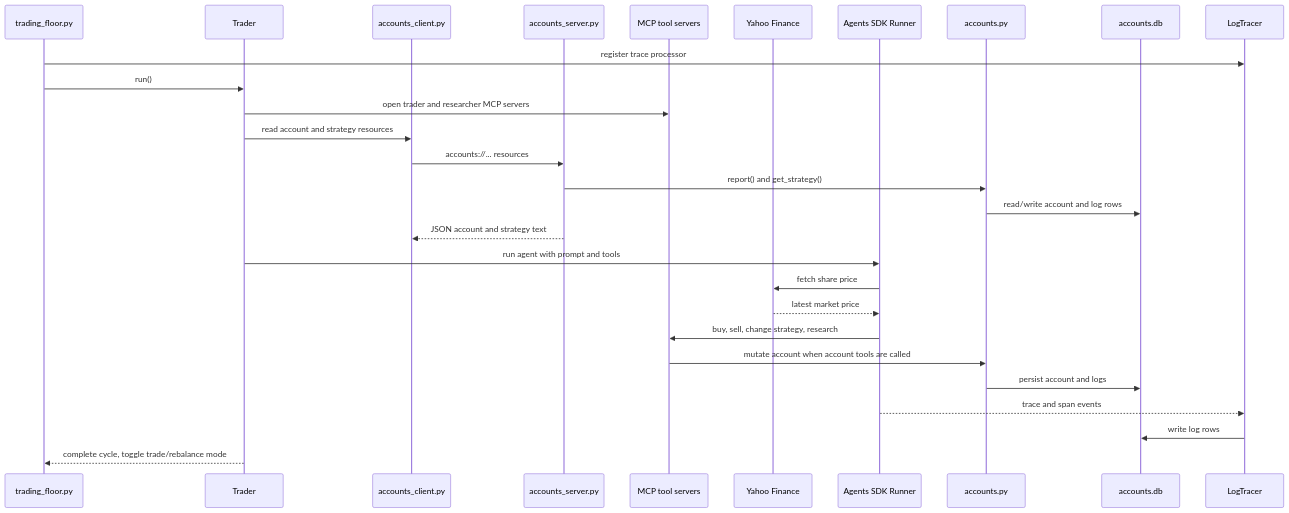
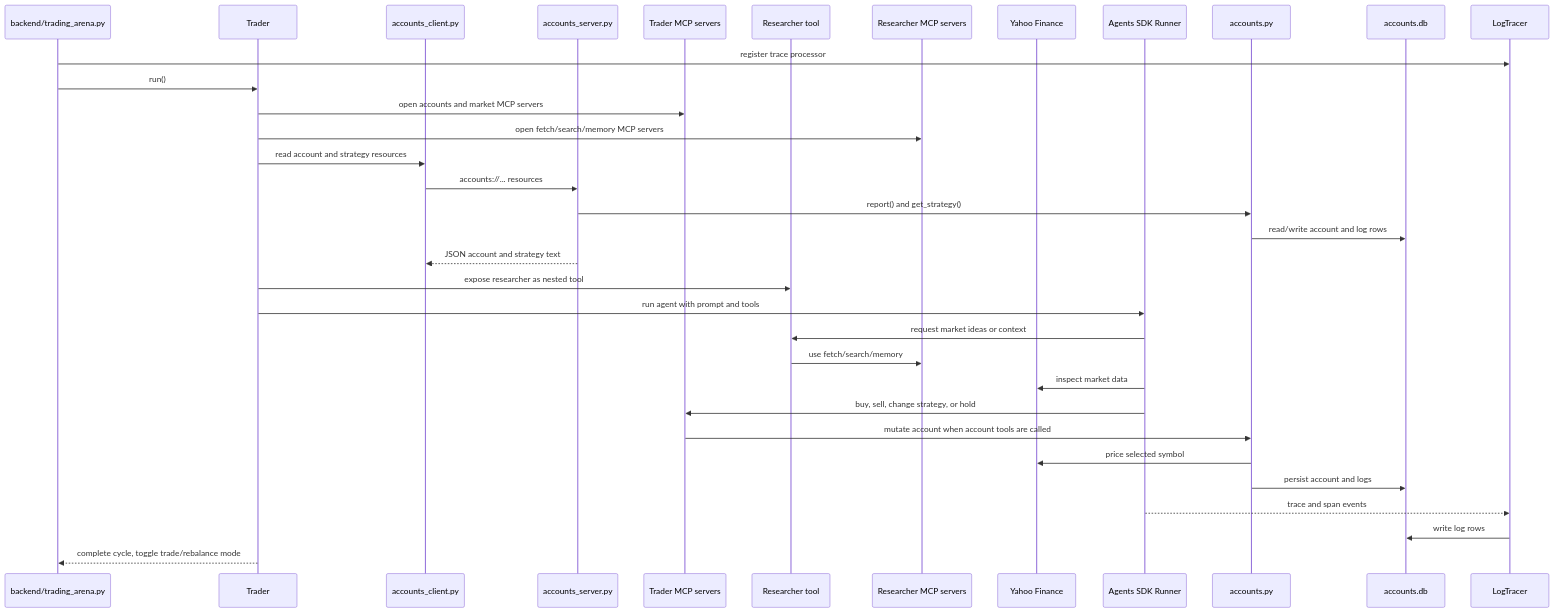
Before and after one commit to sanjaynegi-ai/trading-arena: the diagram in docs/design.md, drawn with Mermaid. The commit also changed other lines of this file and 14 other files, not shown here.

````diff
--- a/docs/design.md
+++ b/docs/design.md
@@ -3,33 +9,39 @@
 ```mermaid
 sequenceDiagram
-    participant Floor as trading_floor.py
+    participant Scheduler as backend/trading_arena.py
     participant Trader as Trader
     participant AccountsClient as accounts_client.py
     participant AccountsMCP as accounts_server.py
-    participant Tools as MCP tool servers
+    participant TraderTools as Trader MCP servers
+    participant Researcher as Researcher tool
+    participant ResearchTools as Researcher MCP servers
     participant Yahoo as Yahoo Finance
     participant Runner as Agents SDK Runner
     participant Account as accounts.py
     participant DB as accounts.db
     participant Logs as LogTracer
 
-    Floor->>Logs: register trace processor
-    Floor->>Trader: run()
-    Trader->>Tools: open trader and researcher MCP servers
+    Scheduler->>Logs: register trace processor
+    Scheduler->>Trader: run()
+    Trader->>TraderTools: open accounts and market MCP servers
+    Trader->>ResearchTools: open fetch/search/memory MCP servers
     Trader->>AccountsClient: read account and strategy resources
     AccountsClient->>AccountsMCP: accounts://... resources
     AccountsMCP->>Account: report() and get_strategy()
     Account->>DB: read/write account and log rows
     AccountsMCP-->>AccountsClient: JSON account and strategy text
 
+    Trader->>Researcher: expose researcher as nested tool
     Trader->>Runner: run agent with prompt and tools
-    Runner->>Yahoo: fetch share price
-    Yahoo-->>Runner: latest market price
-    Runner->>Tools: buy, sell, change strategy, research
-    Tools->>Account: mutate account when account tools are called
+    Runner->>Researcher: request market ideas or context
+    Researcher->>ResearchTools: use fetch/search/memory
+    Runner->>Yahoo: inspect market data
+    Runner->>TraderTools: buy, sell, change strategy, or hold
+    TraderTools->>Account: mutate account when account tools are called
+    Account->>Yahoo: price selected symbol
     Account->>DB: persist account and logs
 
     Runner-->>Logs: trace and span events
     Logs->>DB: write log rows
-    Trader-->>Floor: complete cycle, toggle trade/rebalance mode
+    Trader-->>Scheduler: complete cycle, toggle trade/rebalance mode
 ```
````
